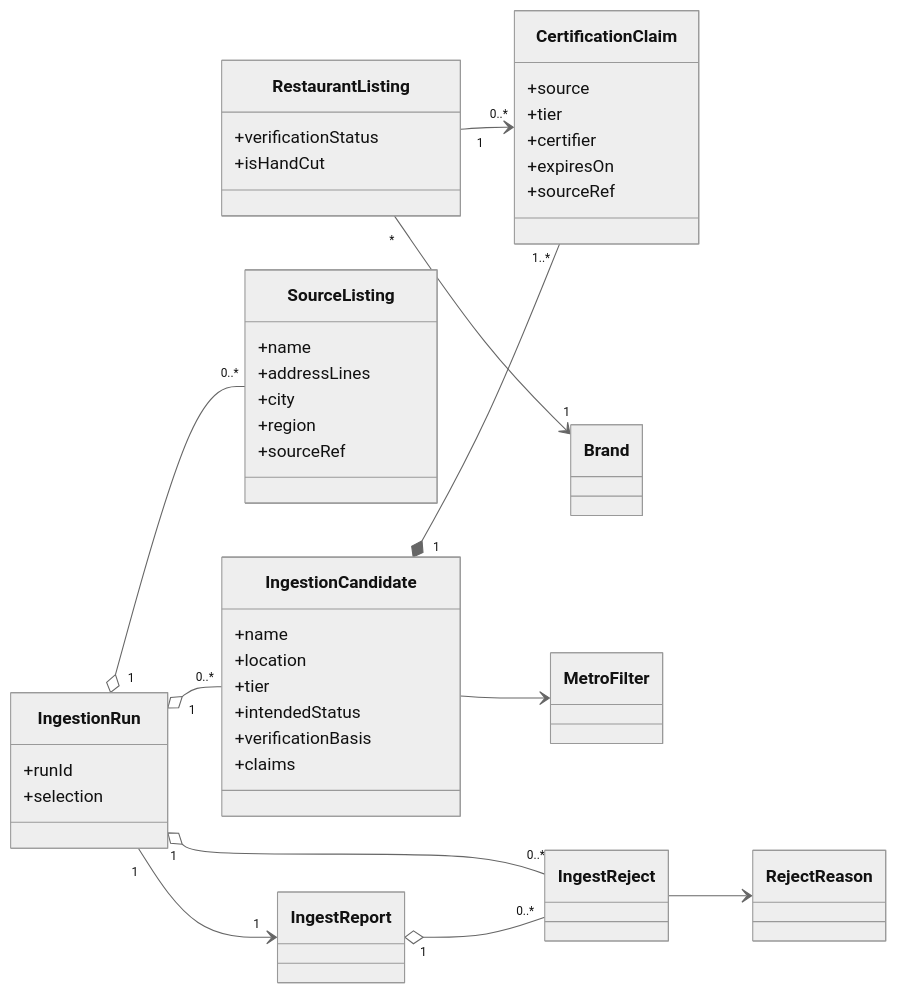
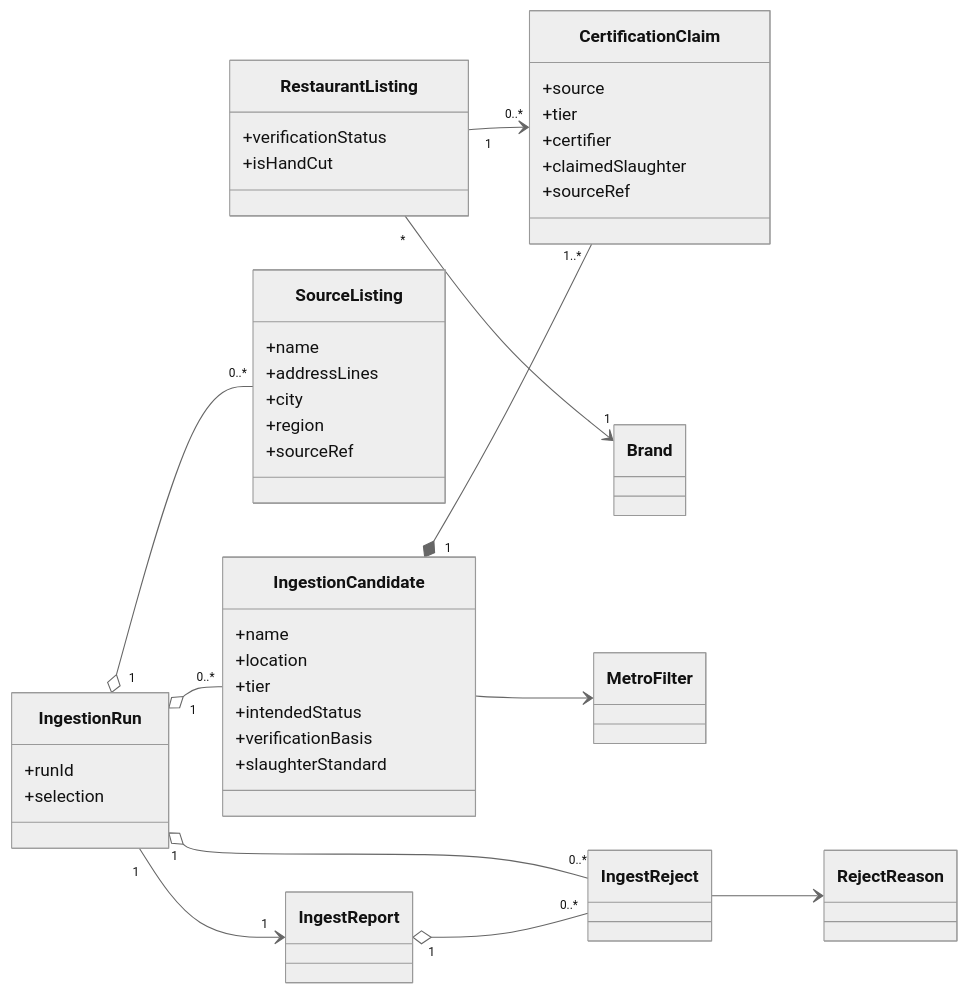
One commit to Losers-Lab/tahirs-list changed the diagram in docs/features/SC-211/01-domain-model.md. Above: the diagram before and after it, drawn with Mermaid (neutral theme). The commit also changed other lines of this file and 12 other files, not shown here.

````diff
--- a/docs/features/SC-211/01-domain-model.md
+++ b/docs/features/SC-211/01-domain-model.md
@@ -7,49 +7,48 @@
 ```mermaid
 classDiagram
   direction LR
   class RestaurantListing {
     +verificationStatus
     +isHandCut
   }
   class CertificationClaim {
     +source
     +tier
     +certifier
-    +expiresOn
+    +claimedSlaughter
     +sourceRef
   }
   class IngestionRun {
     +runId
     +selection
   }
   class IngestionCandidate {
     +name
     +location
     +tier
     +intendedStatus
     +verificationBasis
-    +claims
+    +slaughterStandard
   }
   class SourceListing {
     +name
     +addressLines
     +city
     +region
     +sourceRef
   }
   class IngestReject
   class IngestReport
-  class RejectReason
   class MetroFilter
 
   IngestionRun "1" o-- "0..*" SourceListing
   IngestionRun "1" o-- "0..*" IngestionCandidate
   IngestionRun "1" o-- "0..*" IngestReject
   IngestionRun "1" --> "1" IngestReport
   IngestionCandidate "1" *-- "1..*" CertificationClaim
   IngestionCandidate --> MetroFilter
   RestaurantListing "1" --> "0..*" CertificationClaim
   RestaurantListing "*" --> "1" Brand
   IngestReport "1" o-- "0..*" IngestReject
   IngestReject --> RejectReason
 ```
````
